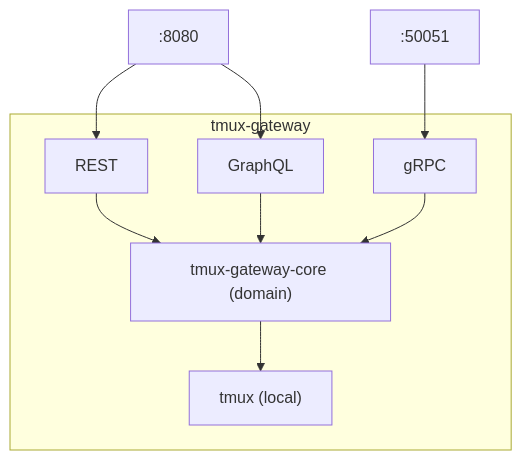
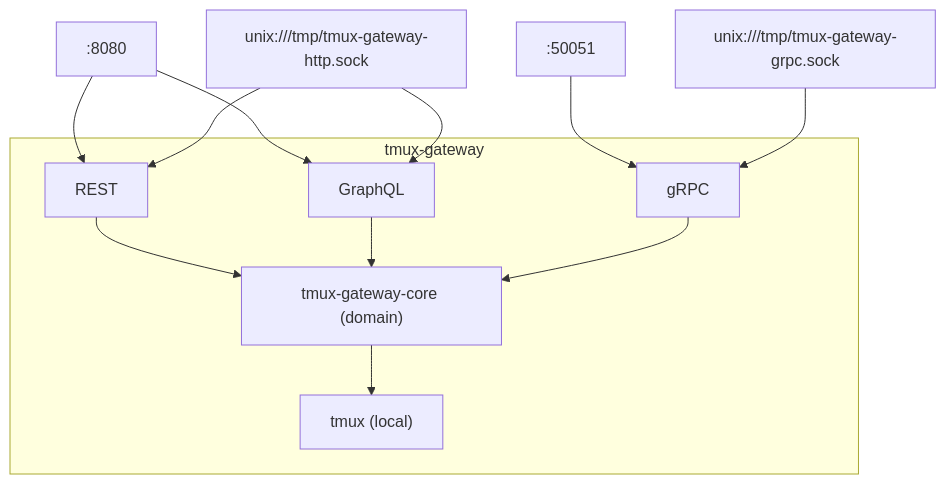
The diagram in README.md (tupe12334/tmux-gateway), drawn with Mermaid before and after one commit. The commit also changed other lines of this file, not shown here.

Commit message:
Update README.md to include Unix socket support for HTTP and gRPC servers

````diff
--- a/README.md
+++ b/README.md
@@ -21,20 +21,23 @@
 ```mermaid
 graph TD
-    Client_HTTP[":8080"] --> REST
-    Client_HTTP --> GraphQL
-    Client_gRPC[":50051"] --> gRPC
+    Client_HTTP_TCP[":8080"] --> REST
+    Client_HTTP_TCP --> GraphQL
+    Client_HTTP_Sock["unix:///tmp/tmux-gateway-http.sock"] --> REST
+    Client_HTTP_Sock --> GraphQL
+    Client_gRPC_TCP[":50051"] --> gRPC
+    Client_gRPC_Sock["unix:///tmp/tmux-gateway-grpc.sock"] --> gRPC
 
     REST --> Core["tmux-gateway-core (domain)"]
     GraphQL --> Core
     gRPC --> Core
 
     Core --> Tmux["tmux (local)"]
 
     subgraph tmux-gateway
         REST
         GraphQL
         gRPC
         Core
         Tmux
     end
 ```
````
